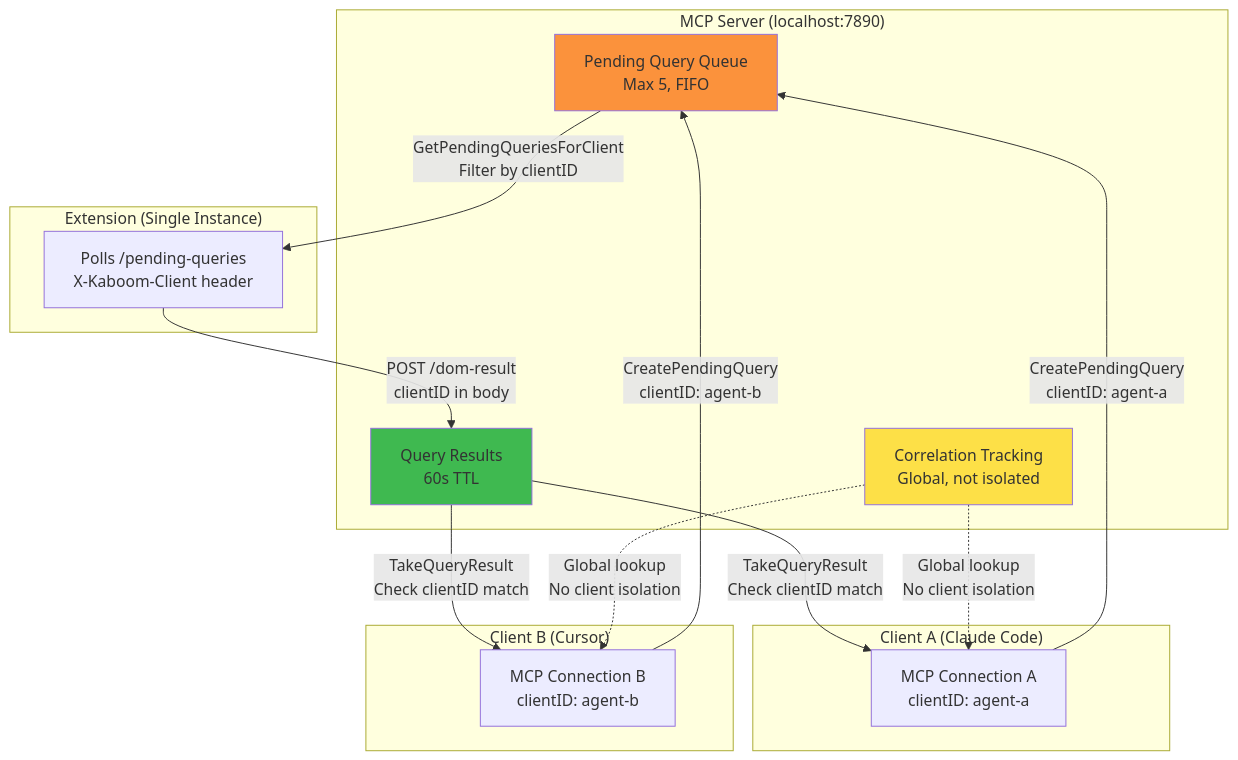
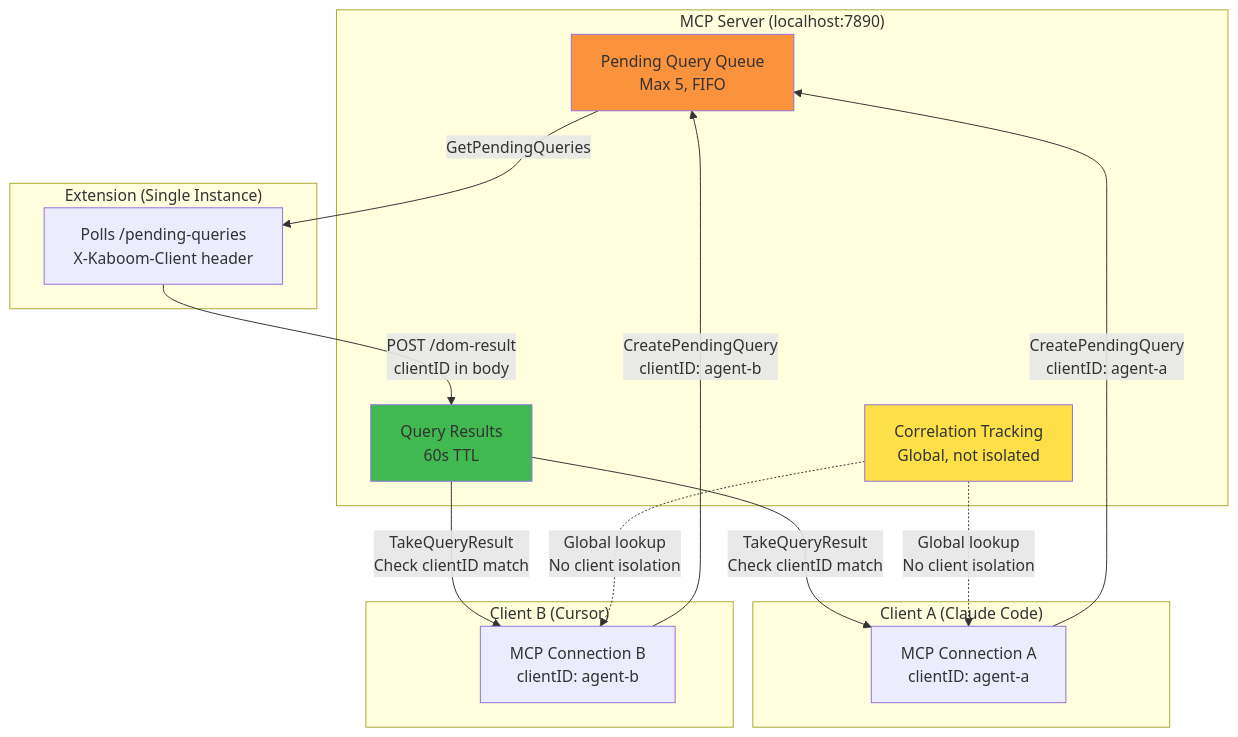
The fourth of 5 diagrams in docs/architecture/diagrams/async-queue-flow.md (brennhill/Kaboom-Browser-AI-Devtools-MCP), drawn with Mermaid before and after one commit. The commit also changed 6 other files, not shown here.

````diff
--- a/docs/architecture/diagrams/async-queue-flow.md
+++ b/docs/architecture/diagrams/async-queue-flow.md
@@ -103,37 +103,37 @@
 ```mermaid
 graph TB
     subgraph "MCP Server (localhost:7890)"
         Queue[Pending Query Queue<br/>Max 5, FIFO]
         Results[Query Results<br/>60s TTL]
         Correlation[Correlation Tracking<br/>Global, not isolated]
     end
 
     subgraph "Client A (Claude Code)"
         MCP_A[MCP Connection A<br/>clientID: agent-a]
     end
 
     subgraph "Client B (Cursor)"
         MCP_B[MCP Connection B<br/>clientID: agent-b]
     end
 
     subgraph "Extension (Single Instance)"
         Poll[Polls /pending-queries<br/>X-Kaboom-Client header]
     end
 
     MCP_A -->|CreatePendingQuery<br/>clientID: agent-a| Queue
     MCP_B -->|CreatePendingQuery<br/>clientID: agent-b| Queue
 
-    Queue -->|GetPendingQueriesForClient<br/>Filter by clientID| Poll
+    Queue -->|GetPendingQueries| Poll
 
     Poll -->|POST /dom-result<br/>clientID in body| Results
 
     Results -->|TakeQueryResult<br/>Check clientID match| MCP_A
     Results -->|TakeQueryResult<br/>Check clientID match| MCP_B
 
     Correlation -.->|Global lookup<br/>No client isolation| MCP_A
     Correlation -.->|Global lookup<br/>No client isolation| MCP_B
 
     style Correlation fill:#fde047
     style Queue fill:#fb923c
     style Results fill:#3fb950
 ```
````
